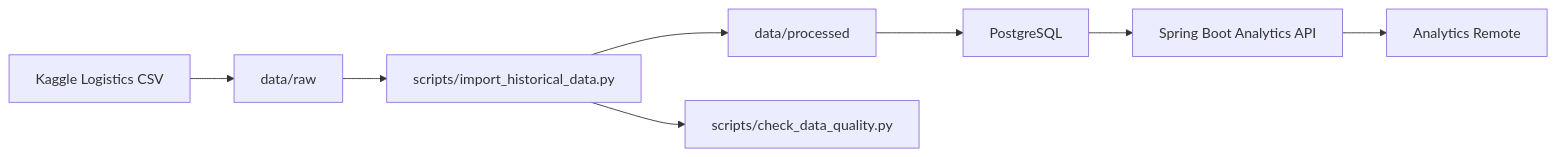
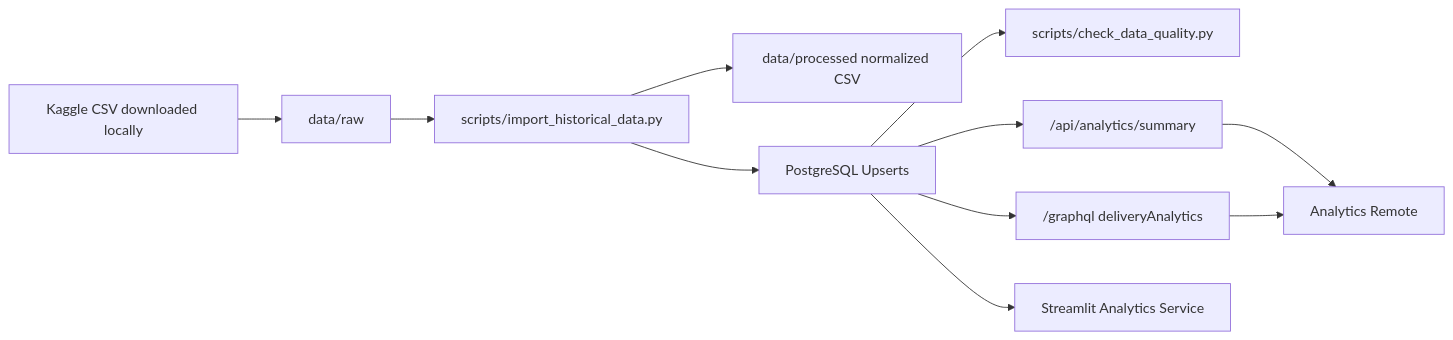
The second of 2 diagrams in logitrack/docs/data-lineage.md (besteaydogan/LogiTrack), drawn with Mermaid before and after one commit. The commit also changed other lines of this file and 2 other files, not shown here.

Commit message:
docs: Update API contract data lineage and final verification documentations

````diff
--- a/logitrack/docs/data-lineage.md
+++ b/logitrack/docs/data-lineage.md
@@ -25,10 +29,13 @@
 ```mermaid
 flowchart LR
-  kaggle["Kaggle Logistics CSV"] --> raw["data/raw"]
+  kaggle["Kaggle CSV downloaded locally"] --> raw["data/raw"]
   raw --> importer["scripts/import_historical_data.py"]
-  importer --> processed["data/processed"]
-  importer --> quality["scripts/check_data_quality.py"]
-  processed --> postgres["PostgreSQL"]
-  postgres --> api["Spring Boot Analytics API"]
-  api --> analytics["Analytics Remote"]
+  importer --> processed["data/processed normalized CSV"]
+  importer --> postgres["PostgreSQL Upserts"]
+  postgres --> quality["scripts/check_data_quality.py"]
+  postgres --> rest["/api/analytics/summary"]
+  postgres --> graphql["/graphql deliveryAnalytics"]
+  rest --> analytics["Analytics Remote"]
+  graphql --> analytics
+  postgres --> streamlit["Streamlit Analytics Service"]
 ```
````
